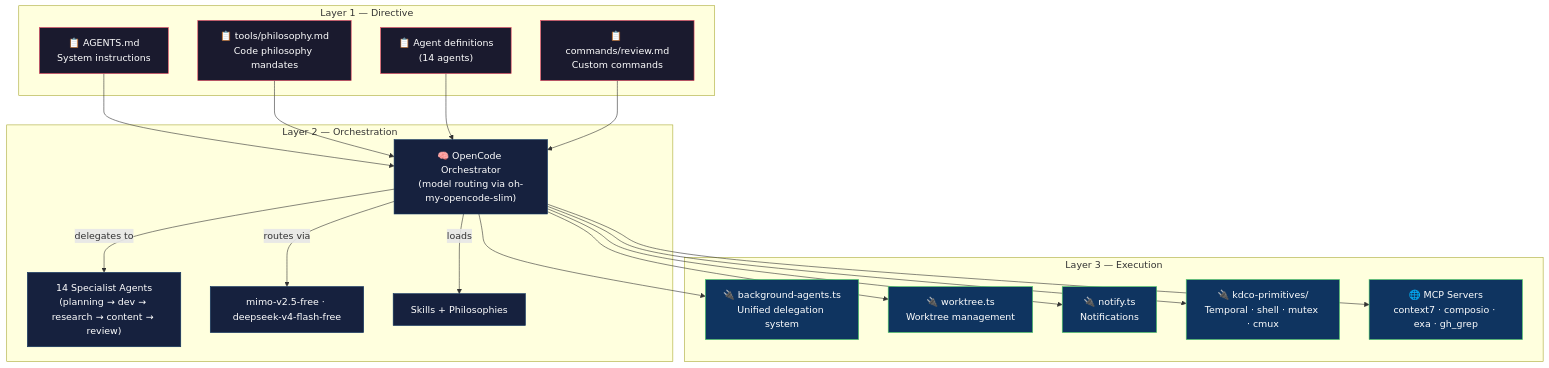
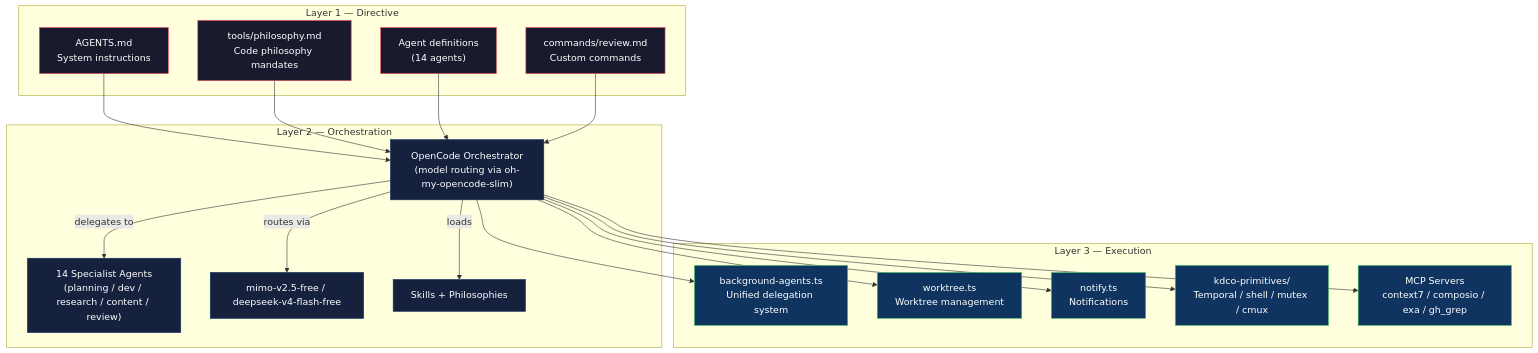
One commit to sanjanb/my-agent-harness changed the diagram in README.md. Above: the diagram before and after it, drawn with Mermaid. The commit also changed other lines of this file, not shown here.

````diff
--- a/README.md
+++ b/README.md
@@ -29,48 +25,48 @@
 ```mermaid
 graph TD
     subgraph "Layer 1 — Directive"
-        DIR1["📋 AGENTS.md<br/>System instructions"]
-        DIR2["📋 tools/philosophy.md<br/>Code philosophy mandates"]
-        DIR3["📋 Agent definitions<br/>(14 agents)"]
-        DIR4["📋 commands/review.md<br/>Custom commands"]
+        DIR1["AGENTS.md<br/>System instructions"]
+        DIR2["tools/philosophy.md<br/>Code philosophy mandates"]
+        DIR3["Agent definitions<br/>(14 agents)"]
+        DIR4["commands/review.md<br/>Custom commands"]
     end
 
     subgraph "Layer 2 — Orchestration"
-        ORCH["🧠 OpenCode Orchestrator<br/>(model routing via oh-my-opencode-slim)"]
-        ORCH -->|"delegates to"| AGENTS["14 Specialist Agents<br/>(planning → dev → research → content → review)"]
-        ORCH -->|"routes via"| MODELS["mimo-v2.5-free · deepseek-v4-flash-free"]
+        ORCH["OpenCode Orchestrator<br/>(model routing via oh-my-opencode-slim)"]
+        ORCH -->|"delegates to"| AGENTS["14 Specialist Agents<br/>(planning / dev / research / content / review)"]
+        ORCH -->|"routes via"| MODELS["mimo-v2.5-free / deepseek-v4-flash-free"]
         ORCH -->|"loads"| SKILLS["Skills + Philosophies"]
     end
 
     subgraph "Layer 3 — Execution"
-        EXEC1["🔌 background-agents.ts<br/>Unified delegation system"]
-        EXEC2["🔌 worktree.ts<br/>Worktree management"]
-        EXEC3["🔌 notify.ts<br/>Notifications"]
-        EXEC4["🔌 kdco-primitives/<br/>Temporal · shell · mutex · cmux"]
-        EXEC5["🌐 MCP Servers<br/>context7 · composio · exa · gh_grep"]
+        EXEC1["background-agents.ts<br/>Unified delegation system"]
+        EXEC2["worktree.ts<br/>Worktree management"]
+        EXEC3["notify.ts<br/>Notifications"]
+        EXEC4["kdco-primitives/<br/>Temporal / shell / mutex / cmux"]
+        EXEC5["MCP Servers<br/>context7 / composio / exa / gh_grep"]
     end
 
     DIR1 --> ORCH
     DIR2 --> ORCH
     DIR3 --> ORCH
     DIR4 --> ORCH
     ORCH --> EXEC1
     ORCH --> EXEC2
     ORCH --> EXEC3
     ORCH --> EXEC4
     ORCH --> EXEC5
 
     style DIR1 fill:#1a1a2e,stroke:#e94560,color:#fff
     style DIR2 fill:#1a1a2e,stroke:#e94560,color:#fff
     style DIR3 fill:#1a1a2e,stroke:#e94560,color:#fff
     style DIR4 fill:#1a1a2e,stroke:#e94560,color:#fff
     style ORCH fill:#16213e,stroke:#0f3460,color:#fff
     style AGENTS fill:#16213e,stroke:#0f3460,color:#fff
     style MODELS fill:#16213e,stroke:#0f3460,color:#fff
     style SKILLS fill:#16213e,stroke:#0f3460,color:#fff
     style EXEC1 fill:#0f3460,stroke:#53d769,color:#fff
     style EXEC2 fill:#0f3460,stroke:#53d769,color:#fff
     style EXEC3 fill:#0f3460,stroke:#53d769,color:#fff
     style EXEC4 fill:#0f3460,stroke:#53d769,color:#fff
     style EXEC5 fill:#0f3460,stroke:#53d769,color:#fff
 ```
````
